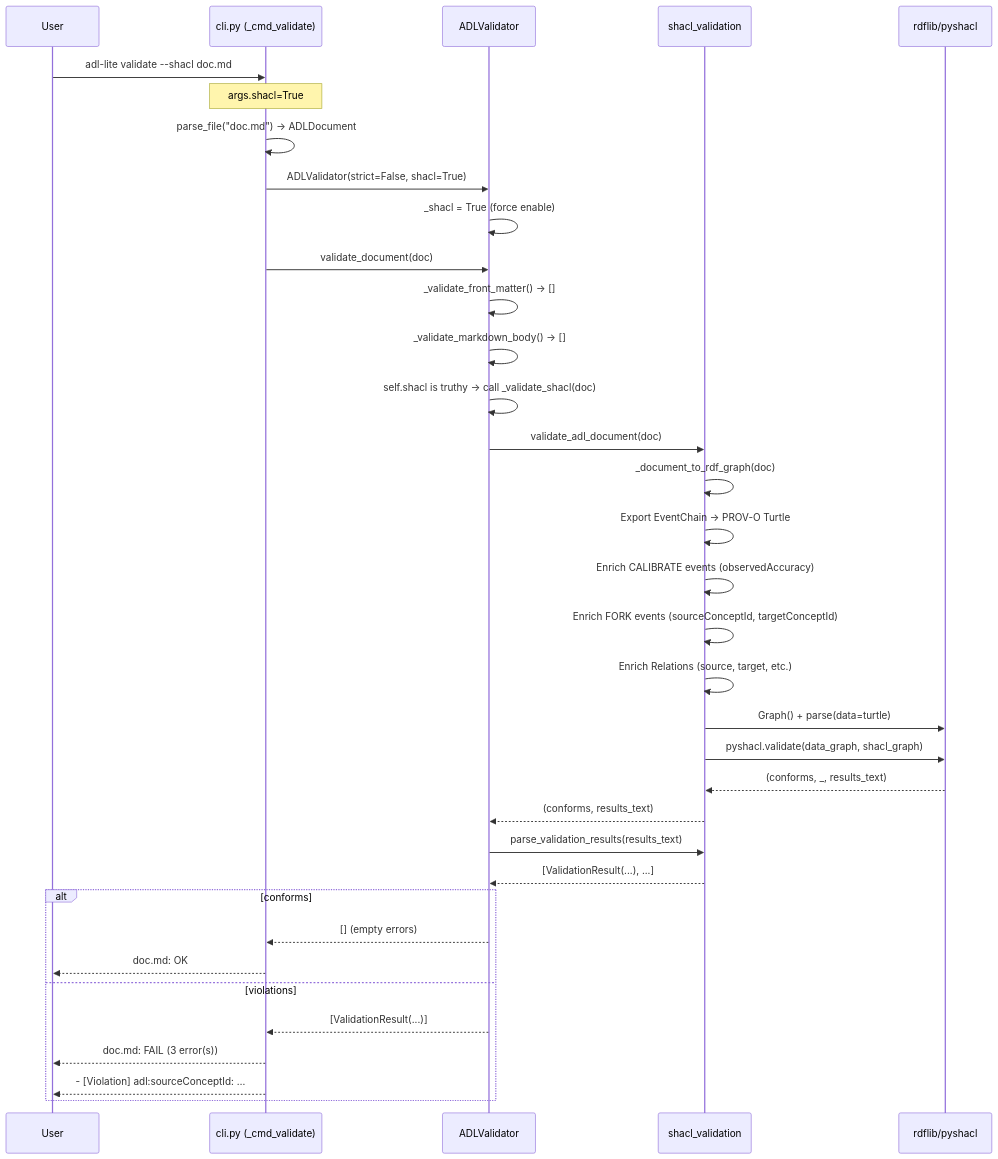
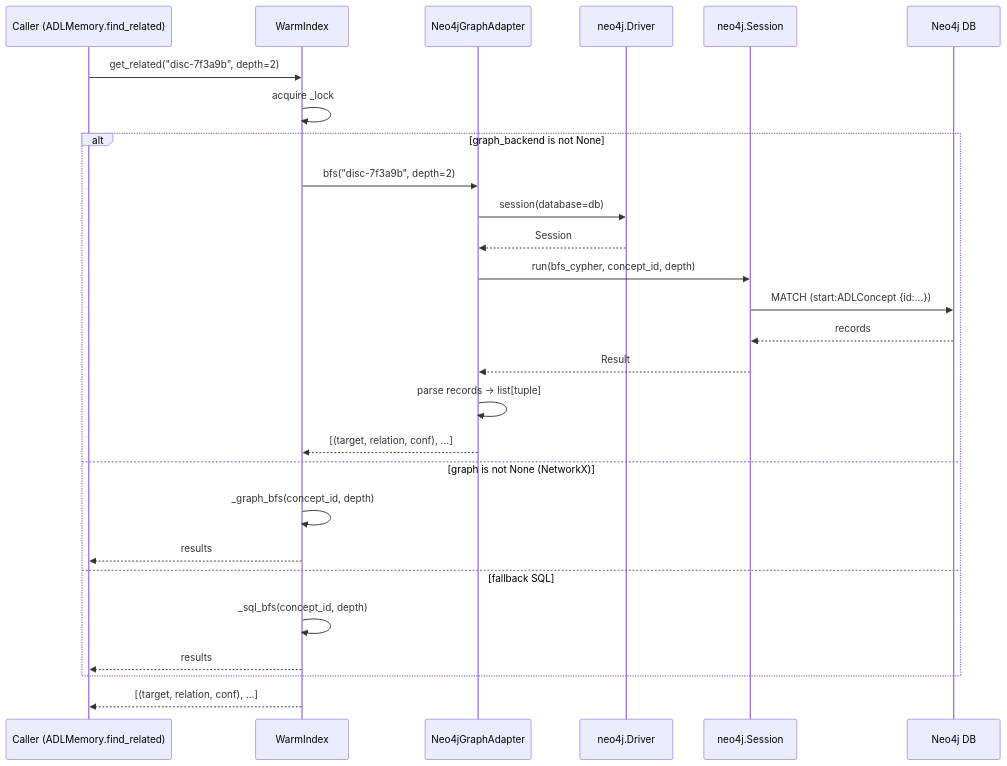
The second of 5 diagrams in docs/system_design.md (sunnyang1/adl-lite), drawn with Mermaid before and after one commit. The commit also changed other lines of this file and 4 other files, not shown here.

Commit message:
docs: add F25 Neo4j adapter design docs and update Merkle anchor

````diff
--- a/docs/system_design.md
+++ b/docs/system_design.md
@@ -210,45 +158,32 @@
 ```mermaid
 sequenceDiagram
-    participant User
-    participant CLI as cli.py (_cmd_validate)
-    participant Val as ADLValidator
-    participant SH as shacl_validation
-    participant Rdf as rdflib/pyshacl
+    participant Caller as Caller (ADLMemory.find_related)
+    participant Warm as WarmIndex
+    participant Adapter as Neo4jGraphAdapter
+    participant Driver as neo4j.Driver
+    participant Session as neo4j.Session
+    participant DB as Neo4j DB
 
-    User->>CLI: adl-lite validate --shacl doc.md
-    Note over CLI: args.shacl=True
+    Caller->>Warm: get_related("disc-7f3a9b", depth=2)
+    Warm->>Warm: acquire _lock
 
-    CLI->>CLI: parse_file("doc.md") → ADLDocument
-    
-    CLI->>Val: ADLValidator(strict=False, shacl=True)
-    Val->>Val: _shacl = True (force enable)
+    alt graph_backend is not None
+        Warm->>Adapter: bfs("disc-7f3a9b", depth=2)
+        Adapter->>Driver: session(database=db)
+        Driver-->>Adapter: Session
+        Adapter->>Session: run(bfs_cypher, concept_id, depth)
+        Session->>DB: MATCH (start:ADLConcept {id:...})
+        DB-->>Session: records
+        Session-->>Adapter: Result
+        Adapter->>Adapter: parse records → list[tuple]
+        Adapter-->>Warm: [(target, relation, conf), ...]
+    else graph is not None (NetworkX)
+        Warm->>Warm: _graph_bfs(concept_id, depth)
+        Warm-->>Caller: results
+    else fallback SQL
+        Warm->>Warm: _sql_bfs(concept_id, depth)
+        Warm-->>Caller: results
+    end
 
-    CLI->>Val: validate_document(doc)
-    Val->>Val: _validate_front_matter() → []
-    Val->>Val: _validate_markdown_body() → []
-    Val->>Val: self.shacl is truthy → call _validate_shacl(doc)
-
-    Val->>SH: validate_adl_document(doc)
-    SH->>SH: _document_to_rdf_graph(doc)
-    SH->>SH: Export EventChain → PROV-O Turtle
-    SH->>SH: Enrich CALIBRATE events (observedAccuracy)
-    SH->>SH: Enrich FORK events (sourceConceptId, targetConceptId)
-    SH->>SH: Enrich Relations (source, target, etc.)
-    SH->>Rdf: Graph() + parse(data=turtle)
-    
-    SH->>Rdf: pyshacl.validate(data_graph, shacl_graph)
-    Rdf-->>SH: (conforms, _, results_text)
-    SH-->>Val: (conforms, results_text)
-
-    Val->>SH: parse_validation_results(results_text)
-    SH-->>Val: [ValidationResult(...), ...]
-
-    alt conforms
-        Val-->>CLI: [] (empty errors)
-        CLI-->>User: doc.md: OK
-    else violations
-        Val-->>CLI: [ValidationResult(...)]
-        CLI-->>User: doc.md: FAIL (3 error(s))
-        CLI-->>User:   - [Violation] adl:sourceConceptId: …
-    end
+    Warm-->>Caller: [(target, relation, conf), ...]
 ```
````
